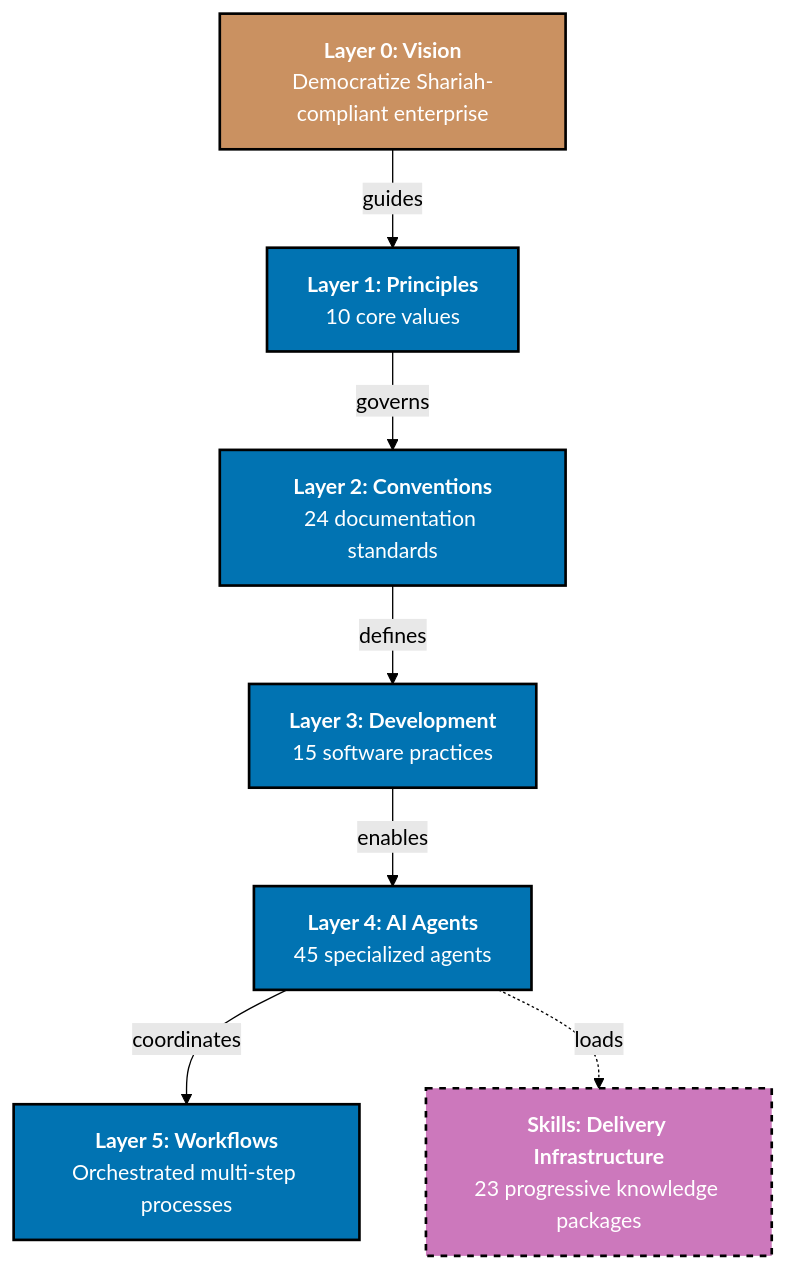
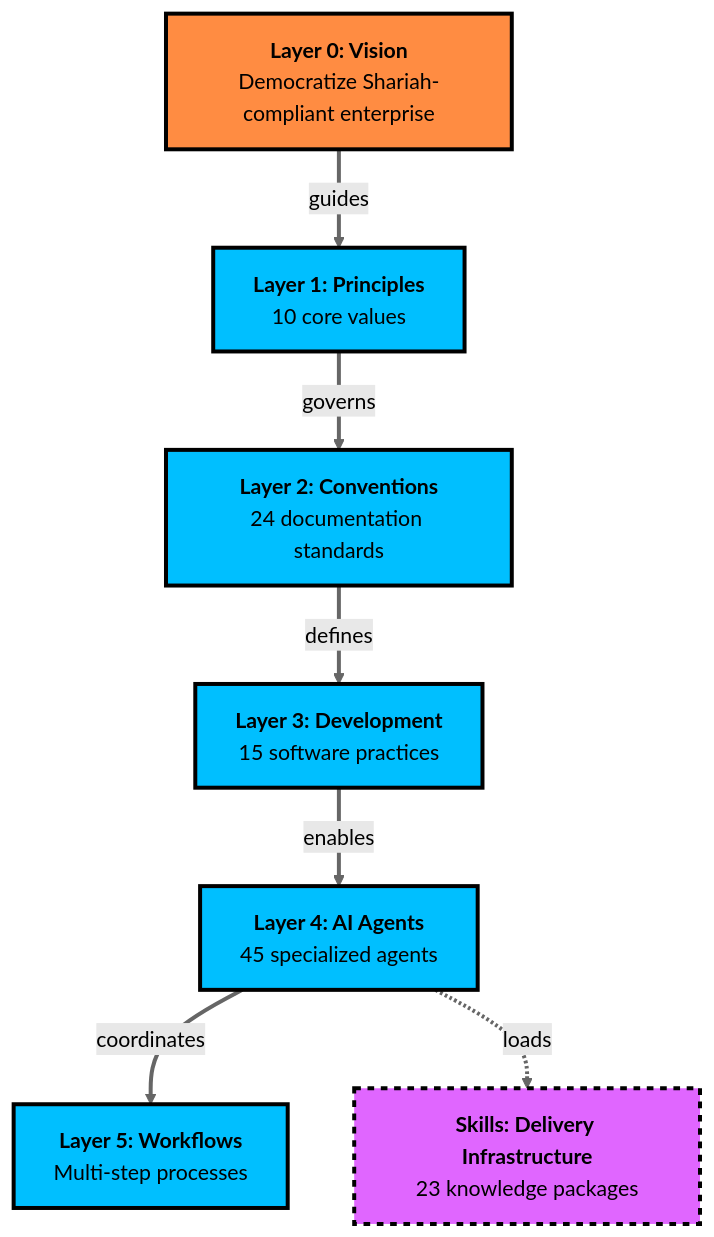
The diagram in apps/ose-platform-web/content/updates/2026-01-11-phase-0-week-8-agent-system-improvement.md (wahidyankf/open-sharia-enterprise), drawn with Mermaid (forest theme) before and after one commit. The commit also changed other lines of this file and 7 other files, not shown here.

First line of the commit message:
feat(ose-platform-web): add Mermaid.js diagram support with accessible colors

````diff
--- a/apps/ose-platform-web/content/updates/2026-01-11-phase-0-week-8-agent-system-improvement.md
+++ b/apps/ose-platform-web/content/updates/2026-01-11-phase-0-week-8-agent-system-improvement.md
@@ -21,24 +21,26 @@
 ```mermaid
-%% Color Palette: Blue #0173B2, Orange #DE8F05, Teal #029E73, Purple #CC78BC, Brown #CA9161, Gray #808080
-%% All colors are color-blind friendly and meet WCAG AA contrast standards
+%% Color Palette: High saturation colors for visibility in light/dark modes
+%% Meets WCAG AA contrast standards
 
 flowchart TD
     L0["<b>Layer 0: Vision</b><br/>Democratize Shariah-compliant enterprise"]:::brown
     L1["<b>Layer 1: Principles</b><br/>10 core values"]:::blue
     L2["<b>Layer 2: Conventions</b><br/>24 documentation standards"]:::blue
     L3["<b>Layer 3: Development</b><br/>15 software practices"]:::blue
     L4["<b>Layer 4: AI Agents</b><br/>45 specialized agents"]:::blue
-    L5["<b>Layer 5: Workflows</b><br/>Orchestrated multi-step processes"]:::blue
-    S["<b>Skills: Delivery Infrastructure</b><br/>23 progressive knowledge packages"]:::purple
+    L5["<b>Layer 5: Workflows</b><br/>Multi-step processes"]:::blue
+    S["<b>Skills: Delivery Infrastructure</b><br/>23 knowledge packages"]:::purple
 
     L0 -->|"guides"| L1
     L1 -->|"governs"| L2
     L2 -->|"defines"| L3
     L3 -->|"enables"| L4
     L4 -->|"coordinates"| L5
     L4 -.->|"loads"| S
 
-    classDef brown fill:#CA9161,stroke:#000000,color:#FFFFFF,stroke-width:2px
-    classDef blue fill:#0173B2,stroke:#000000,color:#FFFFFF,stroke-width:2px
-    classDef purple fill:#CC78BC,stroke:#000000,color:#FFFFFF,stroke-width:2px,stroke-dasharray: 5 5
+    classDef brown fill:#FF8C42,stroke:#000000,color:#000000,stroke-width:3px
+    classDef blue fill:#00BFFF,stroke:#000000,color:#000000,stroke-width:3px
+    classDef purple fill:#E066FF,stroke:#000000,color:#000000,stroke-width:3px,stroke-dasharray: 5 5
+
+    linkStyle default stroke:#666666,stroke-width:3px
 ```
````
